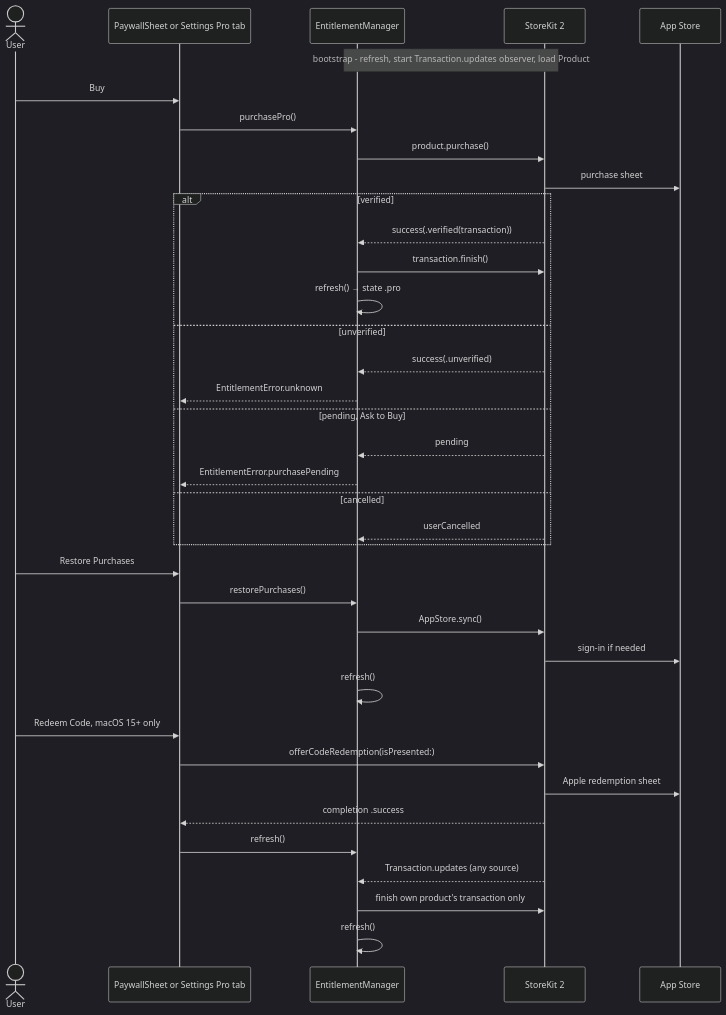
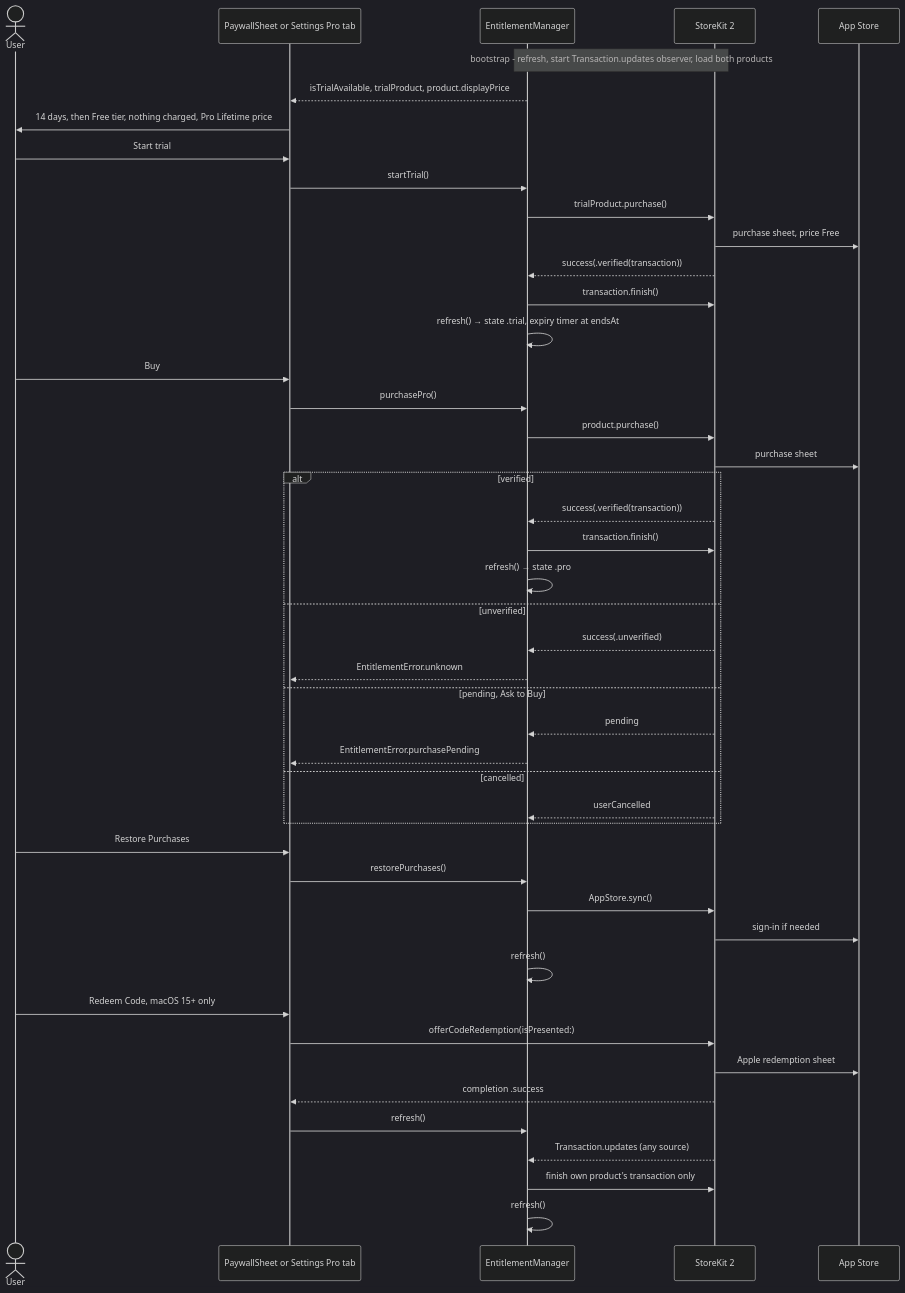
One commit to digitalfreedom-co-za/bucketeer changed diagram 13 of 20 in docs/ARCHITECTURE.md. Above: the diagram before and after it, drawn with Mermaid (dark theme). The commit also changed other lines of this file and 21 other files, not shown here.

````diff
--- a/docs/ARCHITECTURE.md
+++ b/docs/ARCHITECTURE.md
@@ -621,43 +710,53 @@
 ```mermaid
 sequenceDiagram
     actor User
     participant Pay as PaywallSheet or Settings Pro tab
     participant Ent as EntitlementManager
     participant SK as StoreKit 2
     participant Apple as App Store
 
-    Note over Ent, SK: bootstrap - refresh, start Transaction.updates observer, load Product
+    Note over Ent, SK: bootstrap - refresh, start Transaction.updates observer, load both products
+    Ent-->>Pay: isTrialAvailable, trialProduct, product.displayPrice
+    Pay->>User: 14 days, then Free tier, nothing charged, Pro Lifetime price
+    User->>Pay: Start trial
+    Pay->>Ent: startTrial()
+    Ent->>SK: trialProduct.purchase()
+    SK->>Apple: purchase sheet, price Free
+    SK-->>Ent: success(.verified(transaction))
+    Ent->>SK: transaction.finish()
+    Ent->>Ent: refresh() → state .trial, expiry timer at endsAt
+
     User->>Pay: Buy
     Pay->>Ent: purchasePro()
     Ent->>SK: product.purchase()
     SK->>Apple: purchase sheet
     alt verified
         SK-->>Ent: success(.verified(transaction))
         Ent->>SK: transaction.finish()
         Ent->>Ent: refresh() → state .pro
     else unverified
         SK-->>Ent: success(.unverified)
         Ent-->>Pay: EntitlementError.unknown
     else pending, Ask to Buy
         SK-->>Ent: pending
         Ent-->>Pay: EntitlementError.purchasePending
     else cancelled
         SK-->>Ent: userCancelled
     end
 
     User->>Pay: Restore Purchases
     Pay->>Ent: restorePurchases()
     Ent->>SK: AppStore.sync()
     SK->>Apple: sign-in if needed
     Ent->>Ent: refresh()
 
     User->>Pay: Redeem Code, macOS 15+ only
     Pay->>SK: offerCodeRedemption(isPresented:)
     SK->>Apple: Apple redemption sheet
     SK-->>Pay: completion .success
     Pay->>Ent: refresh()
 
     SK-->>Ent: Transaction.updates (any source)
     Ent->>SK: finish own product's transaction only
     Ent->>Ent: refresh()
 ```
````
